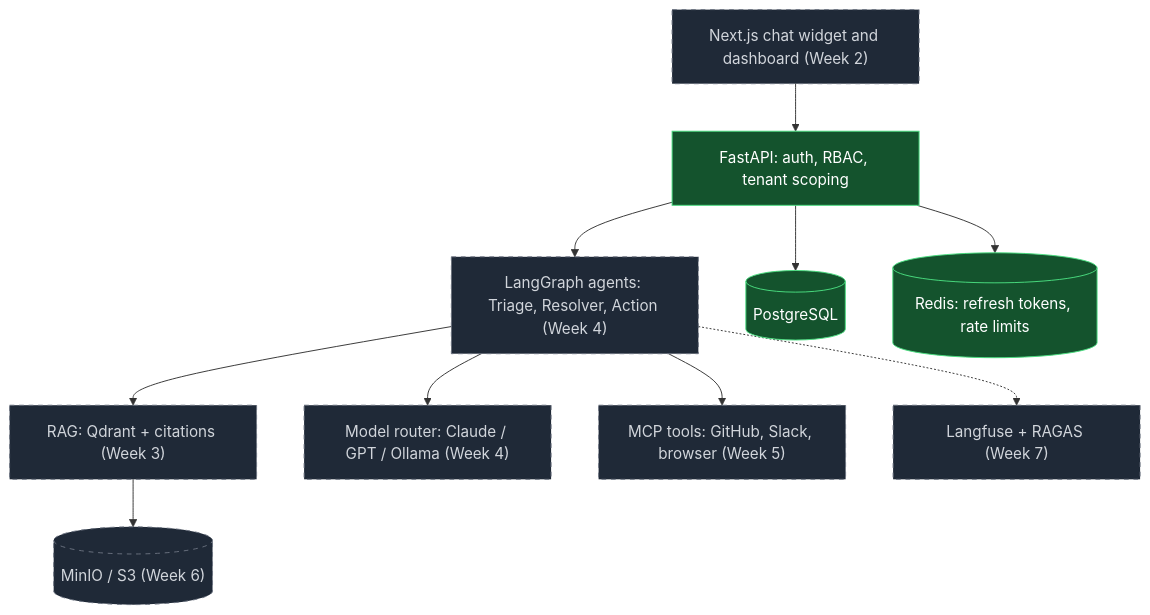
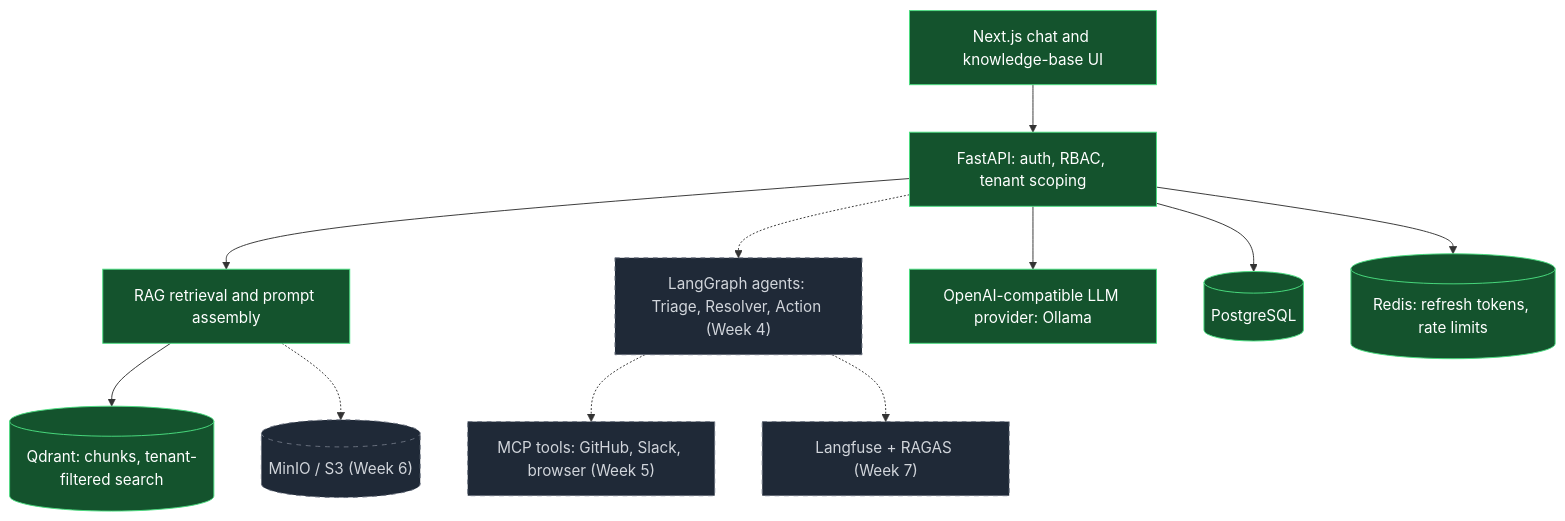
Before and after one commit to BanothuNithin/SupportPilot: the first of 5 diagrams in docs/ARCHITECTURE.md, drawn with Mermaid. The commit also changed other lines of this file and 2 other files, not shown here.

Commit message:
week 3: knowledge base and decisions

````diff
--- a/docs/ARCHITECTURE.md
+++ b/docs/ARCHITECTURE.md
@@ -5,26 +5,28 @@
 ```mermaid
 flowchart TD
-    UI["Next.js chat widget and dashboard (Week 2)"]:::planned
+    UI["Next.js chat and knowledge-base UI"]:::done
     API["FastAPI: auth, RBAC, tenant scoping"]:::done
     AG["LangGraph agents: Triage, Resolver, Action (Week 4)"]:::planned
-    RAG["RAG: Qdrant + citations (Week 3)"]:::planned
-    LLM["Model router: Claude / GPT / Ollama (Week 4)"]:::planned
+    RAG["RAG retrieval and prompt assembly"]:::done
+    QD[("Qdrant: chunks, tenant-filtered search")]:::done
+    LLM["OpenAI-compatible LLM provider: Ollama"]:::done
     MCP["MCP tools: GitHub, Slack, browser (Week 5)"]:::planned
     PG[("PostgreSQL")]:::done
     RD[("Redis: refresh tokens, rate limits")]:::done
     S3[("MinIO / S3 (Week 6)")]:::planned
     OBS["Langfuse + RAGAS (Week 7)"]:::planned
 
     UI --> API
-    API --> AG
-    AG --> RAG
-    AG --> LLM
-    AG --> MCP
+    API --> RAG
+    RAG --> QD
+    API --> LLM
+    API -.-> AG
+    AG -.-> MCP
     API --> PG
     API --> RD
-    RAG --> S3
+    RAG -.-> S3
     AG -.-> OBS
 
     classDef done fill:#14532d,stroke:#4ade80,color:#ffffff;
     classDef planned fill:#1f2937,stroke:#6b7280,color:#d1d5db,stroke-dasharray: 5 5;
 ```
````
